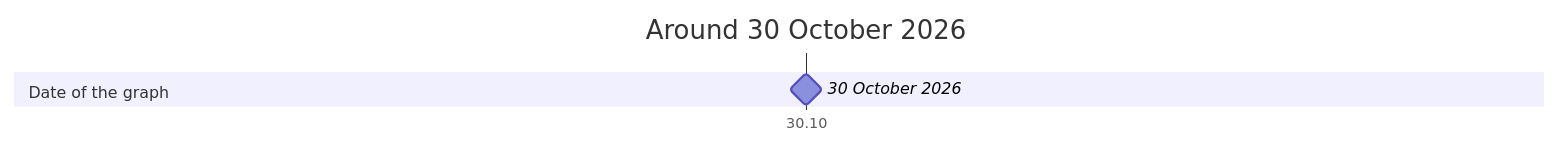
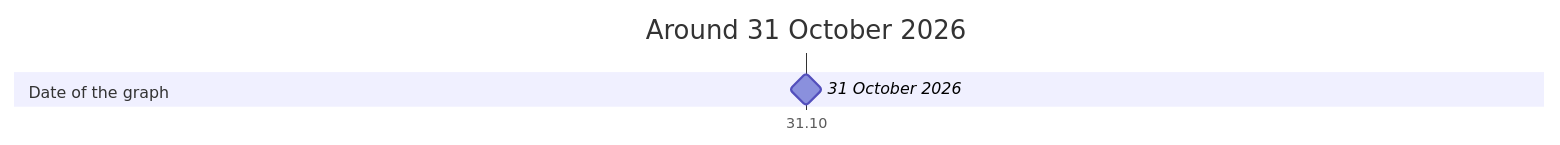
Before and after one commit to advancedcognitivesystems-ai/trame: the diagram in ci/docs/timeline.md, drawn with Mermaid. The commit also changed other lines of this file and 1010 other files, not shown here.

````diff
--- a/ci/docs/timeline.md
+++ b/ci/docs/timeline.md
@@ -5,8 +5,8 @@
 ```mermaid
 gantt
   dateFormat YYYY-MM-DD
   axisFormat %d.%m
-  title Around 30 October 2026
+  title Around 31 October 2026
   section Date of the graph
-    30 October 2026 : milestone, 2026-10-30, 0d
+    31 October 2026 : milestone, 2026-10-31, 0d
 ```
````
